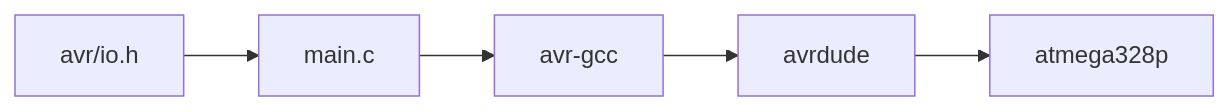
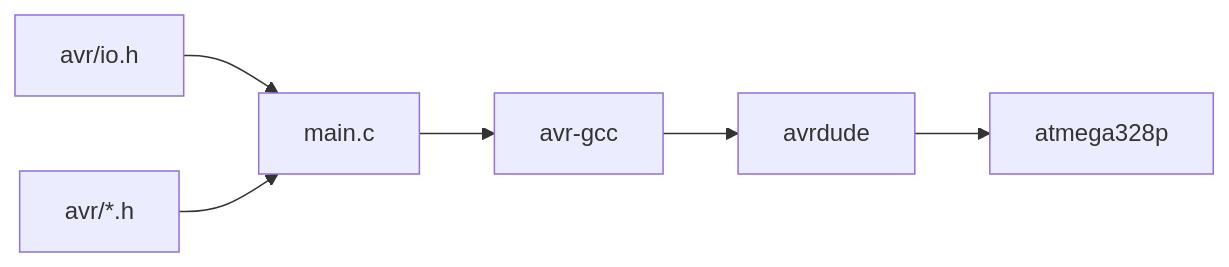
One commit to lumagician/low-level-avr changed the diagram in README.md. Above: the diagram before and after it, drawn with Mermaid.

Commit message:
correct includes

````diff
--- a/README.md
+++ b/README.md
@@ -4,7 +4,8 @@
 ```mermaid
     graph LR;
+    avr/io.h --> main.c;
+    avr/*.h --> main.c;
     main.c --> avr-gcc;
-    avr/io.h --> main.c;
     avr-gcc --> avrdude;
     avrdude --> atmega328p;
 ```
````
